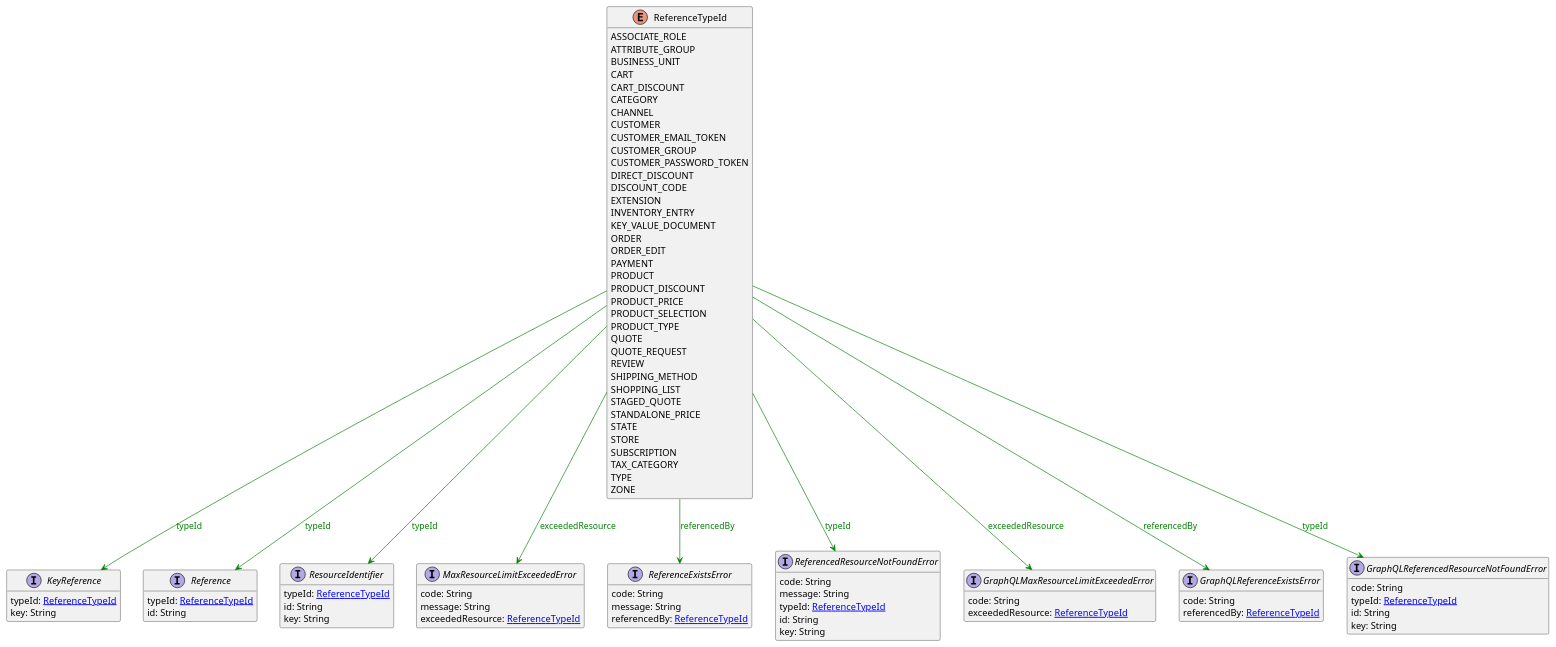
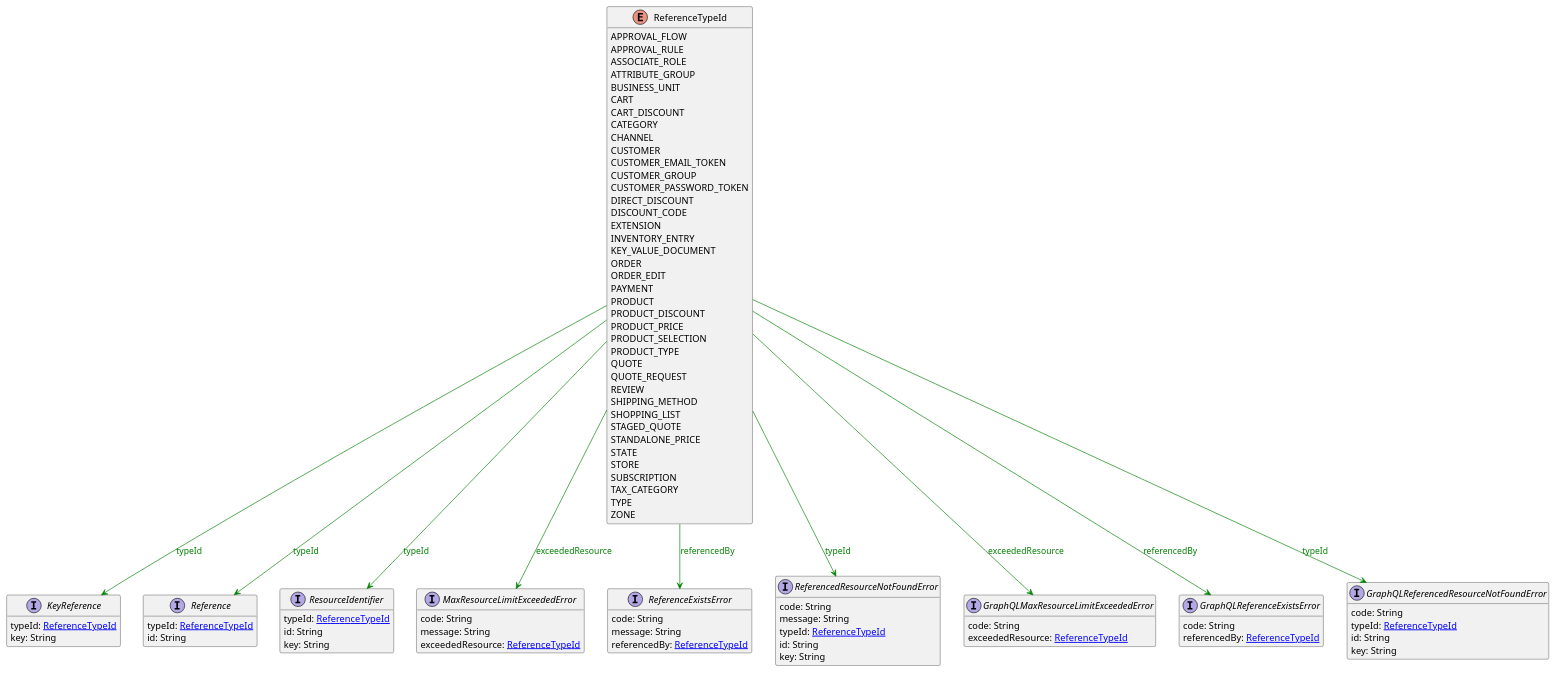
One commit to commercetools/commercetools-api-reference changed the diagram in uml/api/ReferenceTypeId.puml. Above: the diagram before and after it, drawn with PlantUML. The commit also changed 9 other files, not shown here.

```diff
--- a/uml/api/ReferenceTypeId.puml
+++ b/uml/api/ReferenceTypeId.puml
@@ -1,96 +1,98 @@
 @startuml
 
 hide methods
 enum ReferenceTypeId {
+    APPROVAL_FLOW
+    APPROVAL_RULE
     ASSOCIATE_ROLE
     ATTRIBUTE_GROUP
     BUSINESS_UNIT
     CART
     CART_DISCOUNT
     CATEGORY
     CHANNEL
     CUSTOMER
     CUSTOMER_EMAIL_TOKEN
     CUSTOMER_GROUP
     CUSTOMER_PASSWORD_TOKEN
     DIRECT_DISCOUNT
     DISCOUNT_CODE
     EXTENSION
     INVENTORY_ENTRY
     KEY_VALUE_DOCUMENT
     ORDER
     ORDER_EDIT
     PAYMENT
     PRODUCT
     PRODUCT_DISCOUNT
     PRODUCT_PRICE
     PRODUCT_SELECTION
     PRODUCT_TYPE
     QUOTE
     QUOTE_REQUEST
     REVIEW
     SHIPPING_METHOD
     SHOPPING_LIST
     STAGED_QUOTE
     STANDALONE_PRICE
     STATE
     STORE
     SUBSCRIPTION
     TAX_CATEGORY
     TYPE
     ZONE
 }
 interface KeyReference [[KeyReference.svg]]  {
     typeId: [[ReferenceTypeId.svg ReferenceTypeId]]
     key: String
 }
 interface Reference [[Reference.svg]]  {
     typeId: [[ReferenceTypeId.svg ReferenceTypeId]]
     id: String
 }
 interface ResourceIdentifier [[ResourceIdentifier.svg]]  {
     typeId: [[ReferenceTypeId.svg ReferenceTypeId]]
     id: String
     key: String
 }
 interface MaxResourceLimitExceededError [[MaxResourceLimitExceededError.svg]]  {
     code: String
     message: String
     exceededResource: [[ReferenceTypeId.svg ReferenceTypeId]]
 }
 interface ReferenceExistsError [[ReferenceExistsError.svg]]  {
     code: String
     message: String
     referencedBy: [[ReferenceTypeId.svg ReferenceTypeId]]
 }
 interface ReferencedResourceNotFoundError [[ReferencedResourceNotFoundError.svg]]  {
     code: String
     message: String
     typeId: [[ReferenceTypeId.svg ReferenceTypeId]]
     id: String
     key: String
 }
 interface GraphQLMaxResourceLimitExceededError [[GraphQLMaxResourceLimitExceededError.svg]]  {
     code: String
     exceededResource: [[ReferenceTypeId.svg ReferenceTypeId]]
 }
 interface GraphQLReferenceExistsError [[GraphQLReferenceExistsError.svg]]  {
     code: String
     referencedBy: [[ReferenceTypeId.svg ReferenceTypeId]]
 }
 interface GraphQLReferencedResourceNotFoundError [[GraphQLReferencedResourceNotFoundError.svg]]  {
     code: String
     typeId: [[ReferenceTypeId.svg ReferenceTypeId]]
     id: String
     key: String
 }
 ReferenceTypeId --> KeyReference #green;text:green : "typeId"
 ReferenceTypeId --> Reference #green;text:green : "typeId"
 ReferenceTypeId --> ResourceIdentifier #green;text:green : "typeId"
 ReferenceTypeId --> MaxResourceLimitExceededError #green;text:green : "exceededResource"
 ReferenceTypeId --> ReferenceExistsError #green;text:green : "referencedBy"
 ReferenceTypeId --> ReferencedResourceNotFoundError #green;text:green : "typeId"
 ReferenceTypeId --> GraphQLMaxResourceLimitExceededError #green;text:green : "exceededResource"
 ReferenceTypeId --> GraphQLReferenceExistsError #green;text:green : "referencedBy"
 ReferenceTypeId --> GraphQLReferencedResourceNotFoundError #green;text:green : "typeId"
 @enduml
```
